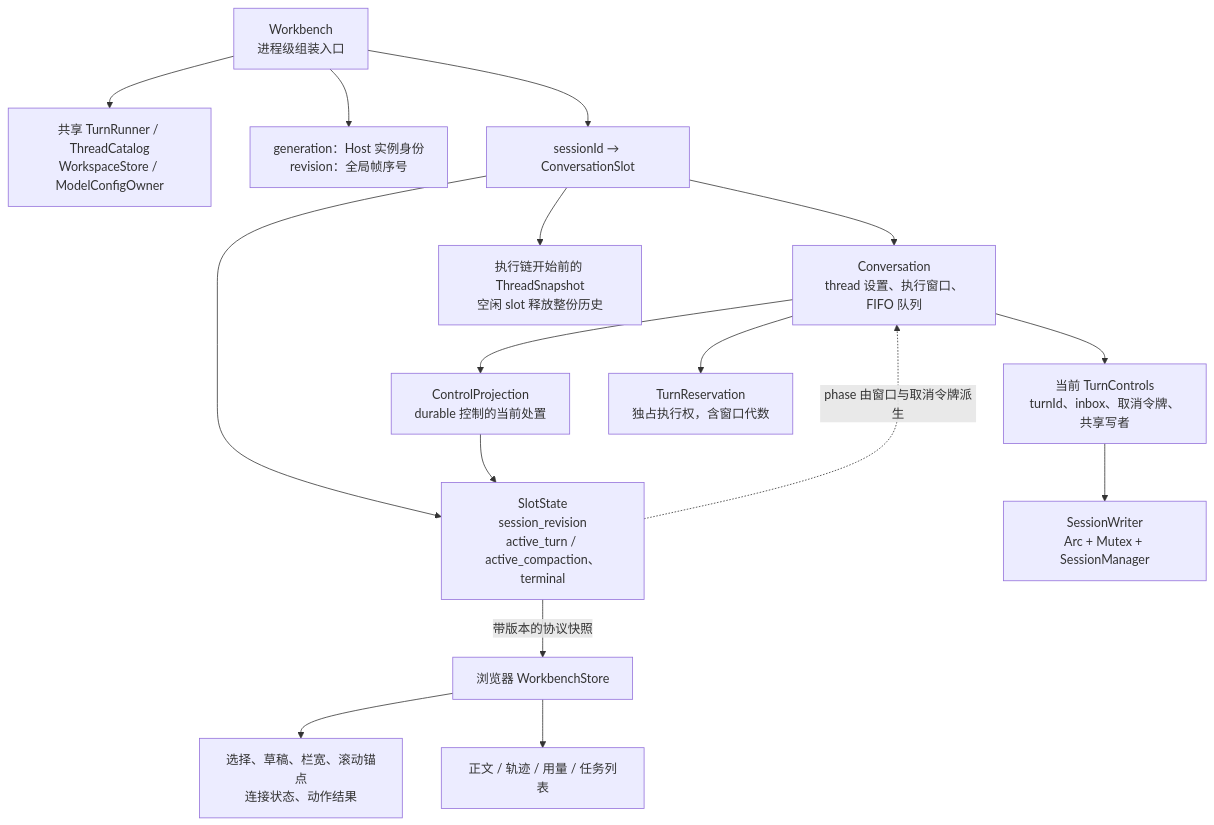
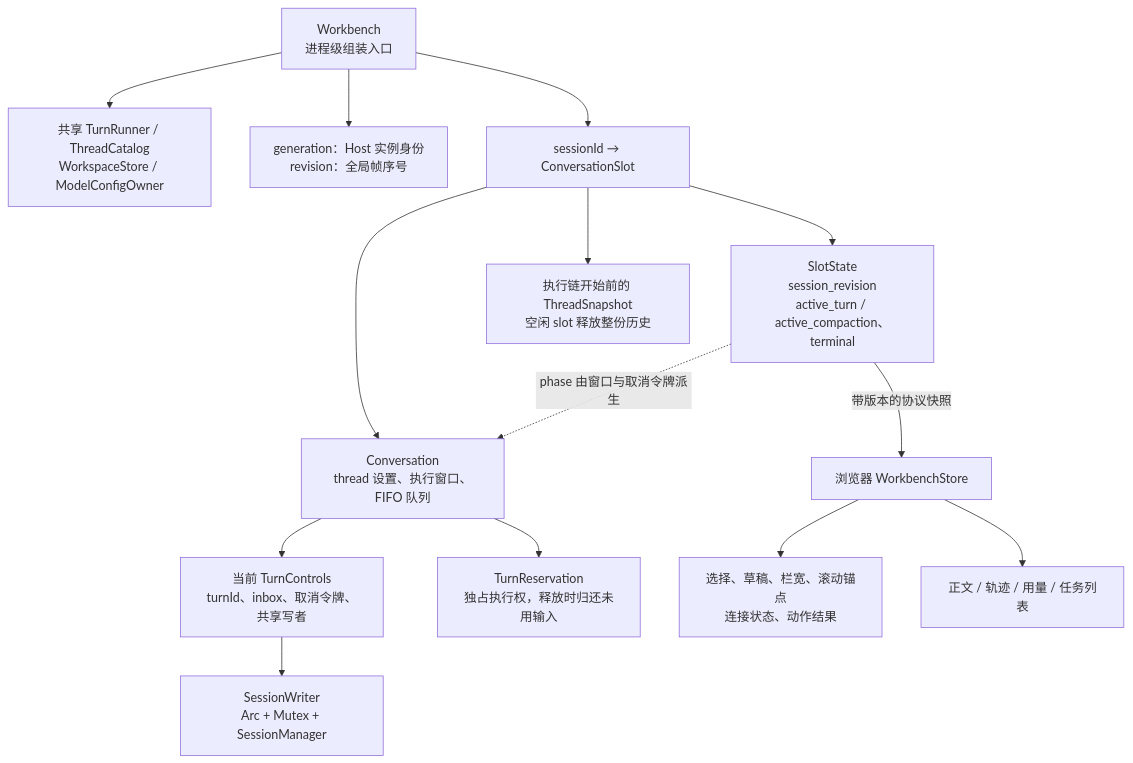
The fifth of 29 diagrams in docs/singularity.md (qjcnmd/singularity-agent), drawn with Mermaid before and after one commit. The commit also changed other lines of this file and 99 other files, not shown here.

````diff
--- a/docs/singularity.md
+++ b/docs/singularity.md
@@ -131,18 +131,16 @@
 ```mermaid
 flowchart TB
     WB["Workbench<br/>进程级组装入口"] --> Shared["共享 TurnRunner / ThreadCatalog<br/>WorkspaceStore / ModelConfigOwner"]
     WB --> Order["generation：Host 实例身份<br/>revision：全局帧序号"]
     WB --> Slots["sessionId → ConversationSlot"]
     Slots --> Conv["Conversation<br/>thread 设置、执行窗口、FIFO 队列"]
-    Conv --> Controls["ControlProjection<br/>durable 控制的当前处置"]
     Slots --> Projection["SlotState<br/>session_revision<br/>active_turn / active_compaction、terminal"]
     Slots --> Stable["执行链开始前的 ThreadSnapshot<br/>空闲 slot 释放整份历史"]
     Conv --> Running["当前 TurnControls<br/>turnId、inbox、取消令牌、共享写者"]
-    Conv --> Reservation["TurnReservation<br/>独占执行权，含窗口代数"]
+    Conv --> Reservation["TurnReservation<br/>独占执行权，释放时归还未用输入"]
     Running --> Writer["SessionWriter<br/>Arc + Mutex + SessionManager"]
     Projection -. "phase 由窗口与取消令牌派生" .-> Conv
-    Controls --> Projection
     Projection -->|"带版本的协议快照"| Store["浏览器 WorkbenchStore"]
     Store --> UIState["选择、草稿、栏宽、滚动锚点<br/>连接状态、动作结果"]
     Store --> Views["正文 / 轨迹 / 用量 / 任务列表"]
 ```
````
